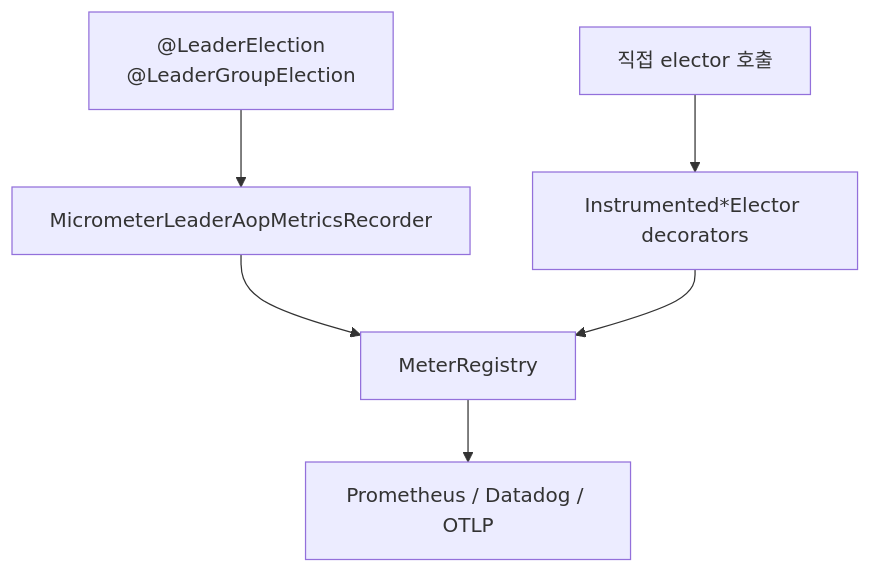
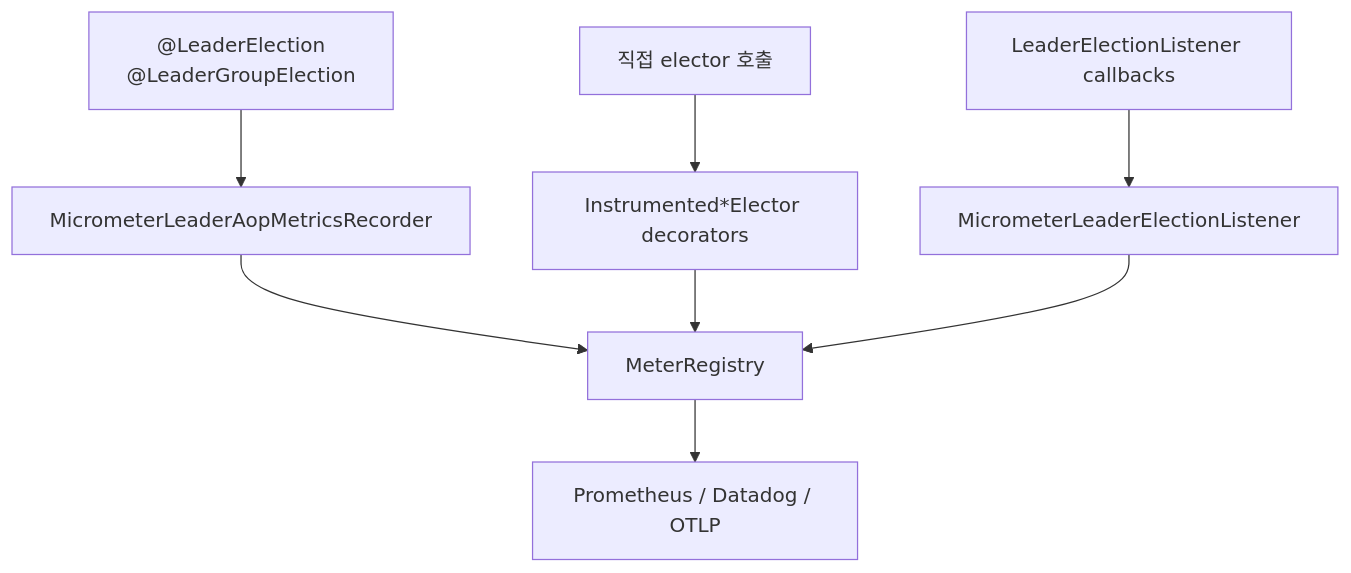
One commit to bluetape4k/bluetape4k-leader changed the diagram in leader-micrometer/README.ko.md. Above: the diagram before and after it, drawn with Mermaid. The commit also changed other lines of this file and 15 other files, not shown here.

First line of the commit message:
Expose leader election lifecycle signals

````diff
--- a/leader-micrometer/README.ko.md
+++ b/leader-micrometer/README.ko.md
@@ -20,15 +21,19 @@
 ```mermaid
 graph TD
     Aop["@LeaderElection<br/>@LeaderGroupElection"]
     Recorder["MicrometerLeaderAopMetricsRecorder"]
     Direct["직접 elector 호출"]
     Decorators["Instrumented*Elector decorators"]
+    Listener["LeaderElectionListener callbacks"]
+    ListenerMetrics["MicrometerLeaderElectionListener"]
     Registry["MeterRegistry"]
     Backend["Prometheus / Datadog / OTLP"]
 
     Aop --> Recorder
     Direct --> Decorators
+    Listener --> ListenerMetrics
     Recorder --> Registry
     Decorators --> Registry
+    ListenerMetrics --> Registry
     Registry --> Backend
 ```
````
